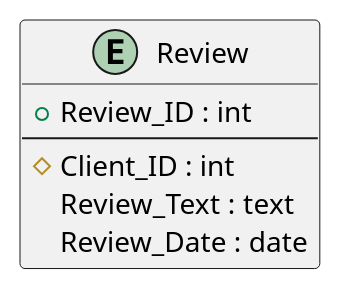
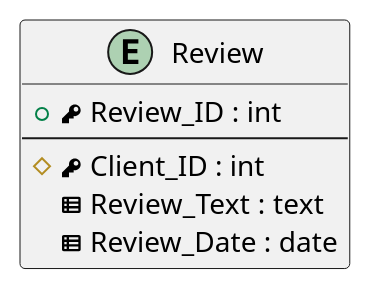
Before and after one commit to DmitryVasilkovW/ITMO-Database-design-labs-4-sem: the diagram in Labs/Lab1/Tables/Entities/Review.puml, drawn with PlantUML. The commit also changed 5 other files, not shown here.

```diff
--- a/Labs/Lab1/Tables/Entities/Review.puml
+++ b/Labs/Lab1/Tables/Entities/Review.puml
@@ -1,10 +1,10 @@
 @startuml
 entity "Review" as review
  {
-  + Review_ID : int
+  + <&key> Review_ID : int
   --
-  # Client_ID : int
-  Review_Text : text
-  Review_Date : date
+  # <&key> Client_ID : int
+  <&spreadsheet> Review_Text : text
+  <&spreadsheet> Review_Date : date
 }
 @enduml
```
